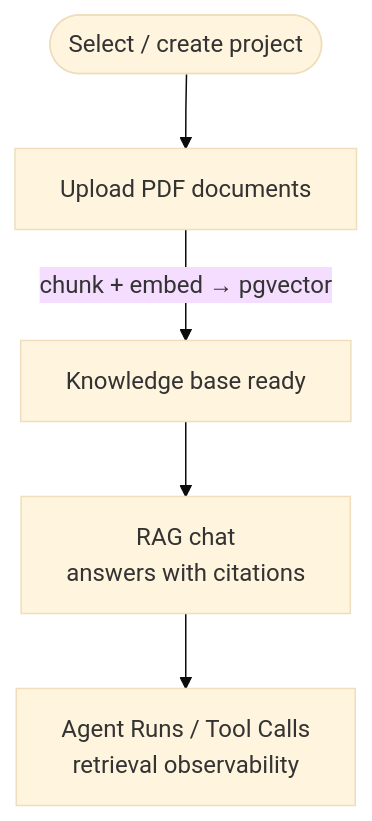
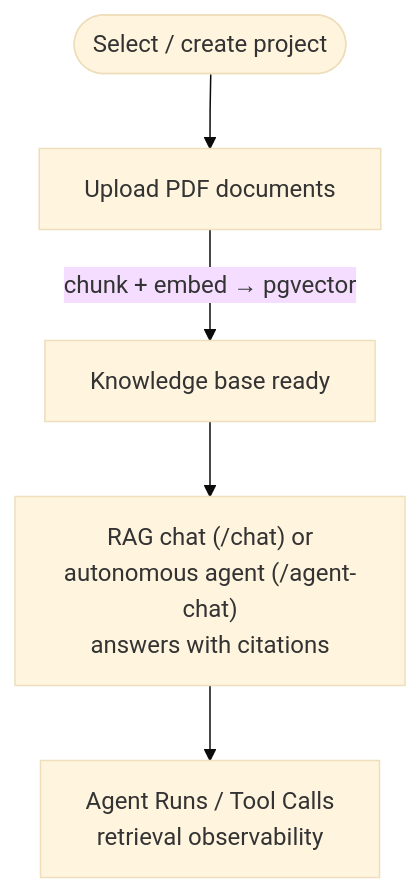
One commit to Jiaaaaaaak/OpsKnowledge-agent-lite changed the diagram in docs/PRD.md. Above: the diagram before and after it, drawn with Mermaid (base theme). The commit also changed other lines of this file and 13 other files, not shown here.

First line of the commit message:
docs: 文件對齊現狀（agent-chat/翻譯繁體/檢索策略/OCR 多模態）

````diff
--- a/docs/PRD.md
+++ b/docs/PRD.md
@@ -97,7 +102,7 @@
 ```mermaid
 flowchart TD
     P([Select / create project]) --> UP["Upload PDF documents"]
     UP -->|"chunk + embed → pgvector"| IDX["Knowledge base ready"]
-    IDX --> ASK["RAG chat<br/>answers with citations"]
+    IDX --> ASK["RAG chat (/chat) or<br/>autonomous agent (/agent-chat)<br/>answers with citations"]
     ASK --> OBS["Agent Runs / Tool Calls<br/>retrieval observability"]
 ```
````
